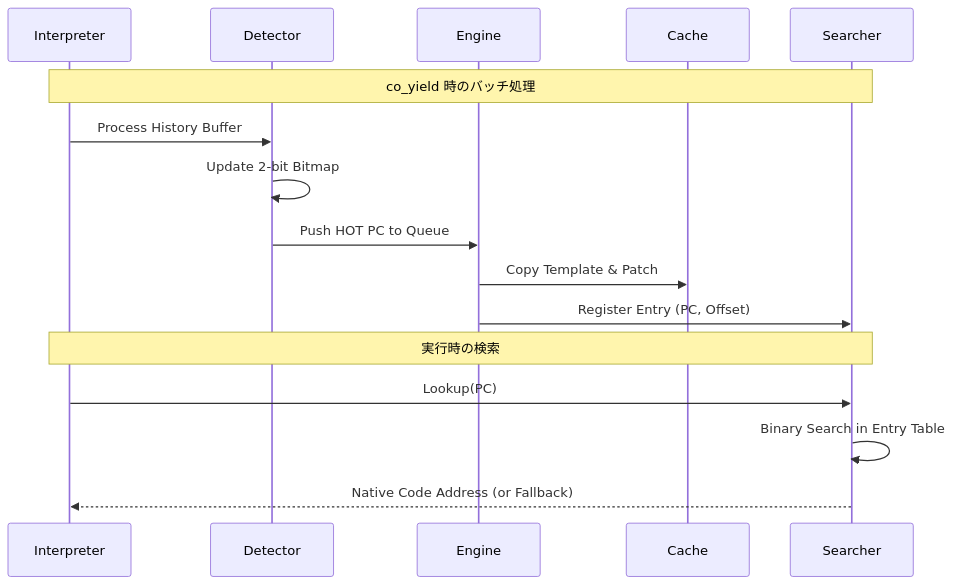
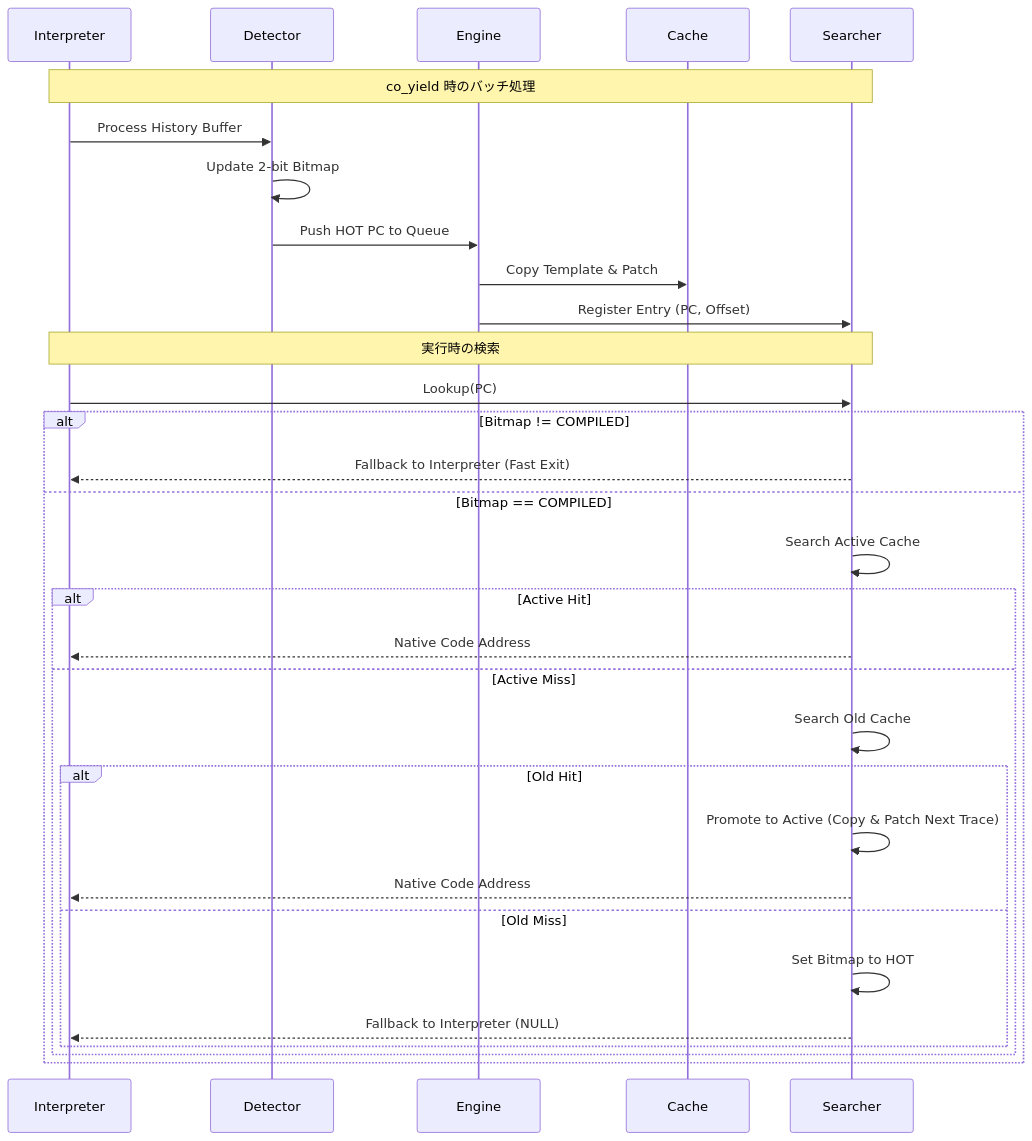
Before and after one commit to kmt-t/fireball: the third of 3 diagrams in docs/orders/components/jit_compiler.md, drawn with Mermaid. The commit also changed other lines of this file and 33 other files, not shown here.

````diff
--- a/docs/orders/components/jit_compiler.md
+++ b/docs/orders/components/jit_compiler.md
@@ -117,20 +131,35 @@
 ```mermaid
 sequenceDiagram
     participant I as Interpreter
     participant D as Detector
     participant E as Engine
     participant C as Cache
     participant S as Searcher
 
     Note over I, S: co_yield 時のバッチ処理
     I->>D: Process History Buffer
     D->>D: Update 2-bit Bitmap
     D->>E: Push HOT PC to Queue
     E->>C: Copy Template & Patch
     E->>S: Register Entry (PC, Offset)
     
     Note over I, S: 実行時の検索
     I->>S: Lookup(PC)
-    S->>S: Binary Search in Entry Table
-    S-->>I: Native Code Address (or Fallback)
+    alt Bitmap != COMPILED
+        S-->>I: Fallback to Interpreter (Fast Exit)
+    else Bitmap == COMPILED
+        S->>S: Search Active Cache
+        alt Active Hit
+            S-->>I: Native Code Address
+        else Active Miss
+            S->>S: Search Old Cache
+            alt Old Hit
+                S->>S: Promote to Active (Copy & Patch Next Trace)
+                S-->>I: Native Code Address
+            else Old Miss
+                S->>S: Set Bitmap to HOT
+                S-->>I: Fallback to Interpreter (NULL)
+            end
+        end
+    end
 ```
````
